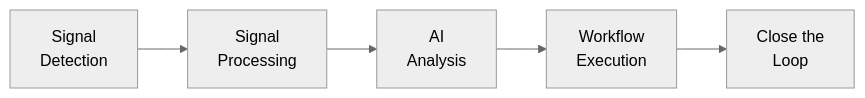
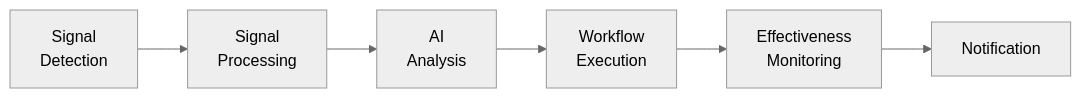
Before and after one commit to jordigilh/kubernaut-docs: the diagram in docs/user-guide/concepts.md, drawn with Mermaid (neutral theme). The commit also changed other lines of this file and 2 other files, not shown here.

First line of the commit message:
docs: fix pipeline ordering — effectiveness monitoring before notification

````diff
--- a/docs/user-guide/concepts.md
+++ b/docs/user-guide/concepts.md
@@ -9,7 +9,8 @@
 ```mermaid
 graph LR
     SD["Signal<br/>Detection"] --> SP["Signal<br/>Processing"]
     SP --> AA["AI<br/>Analysis"]
     AA --> WE["Workflow<br/>Execution"]
-    WE --> CL["Close the<br/>Loop"]
+    WE --> EM["Effectiveness<br/>Monitoring"]
+    EM --> NF["Notification"]
 ```
````
